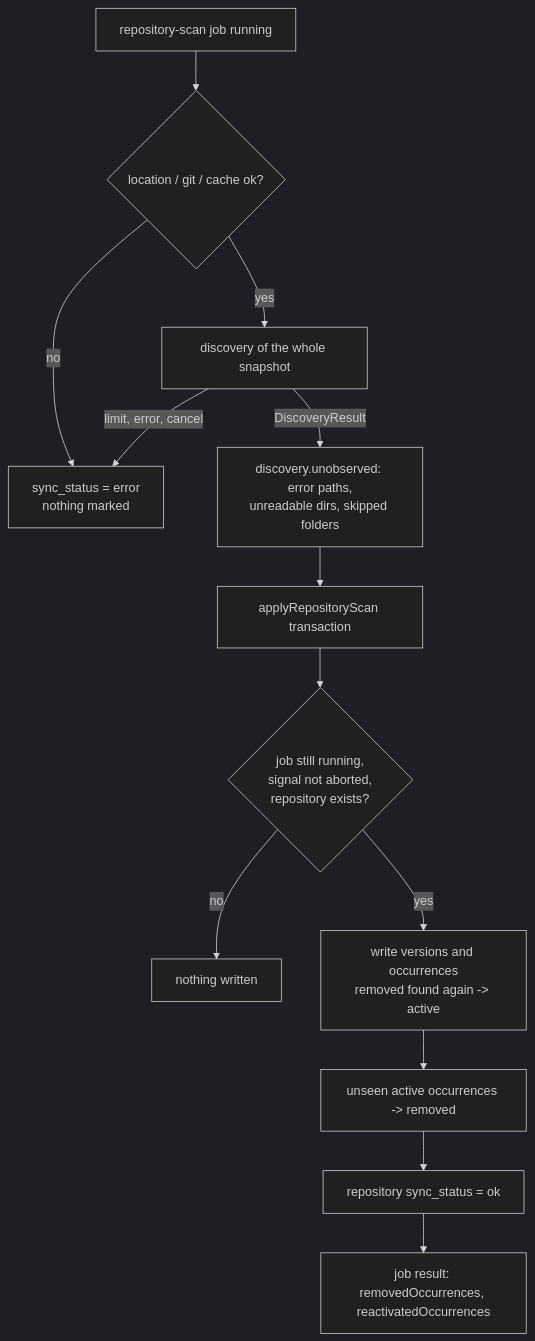
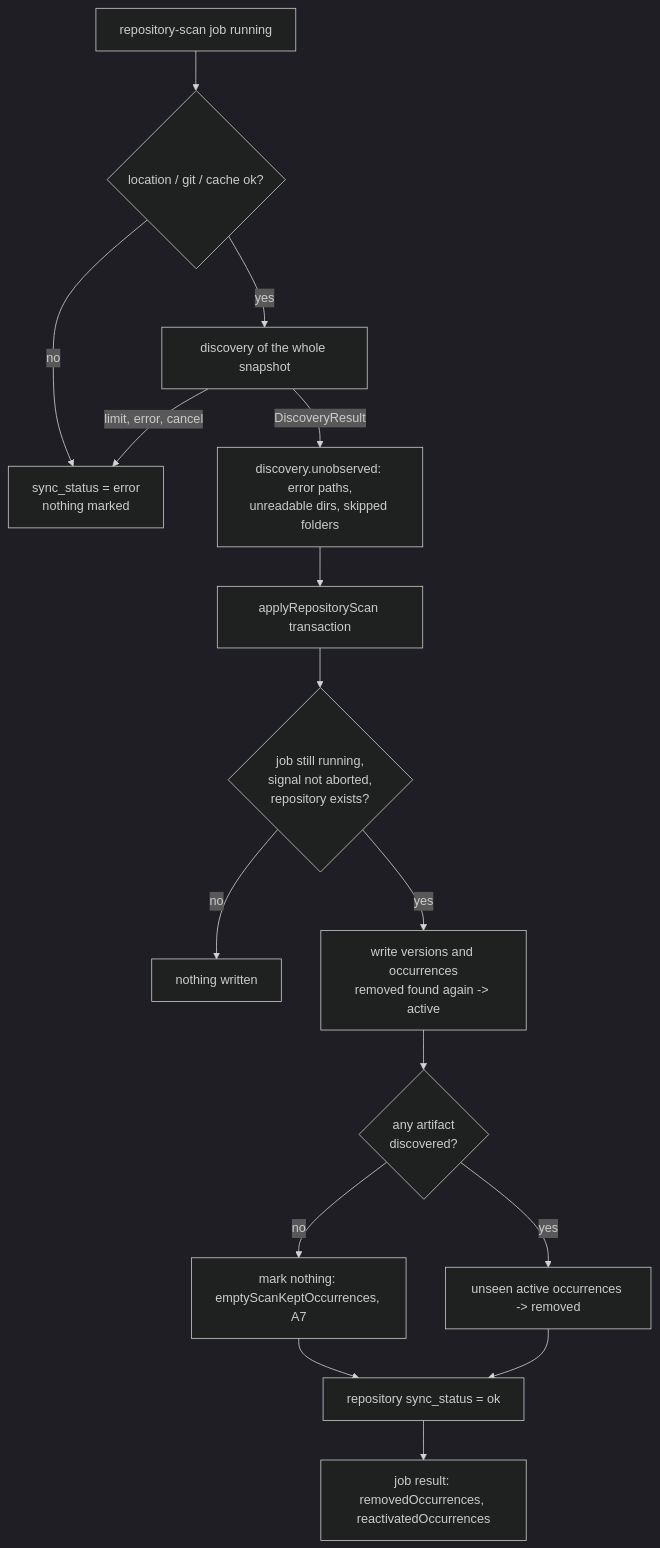
One commit to MetaX5/DirectiveBench changed the diagram in .ai/specs/2026-11-12-missing-occurrences-and-repository-removal.md. Above: the diagram before and after it, drawn with Mermaid (dark theme). The commit also changed other lines of this file and 1 other file, not shown here.

First line of the commit message:
docs(specs): SPEC-125 empty-scan guard per the maintainer's A7 decision

````diff
--- a/.ai/specs/2026-11-12-missing-occurrences-and-repository-removal.md
+++ b/.ai/specs/2026-11-12-missing-occurrences-and-repository-removal.md
@@ -311,15 +315,18 @@
 ```mermaid
 flowchart TD
   J[repository-scan job running] --> L{location / git / cache ok?}
   L -- no --> F[sync_status = error<br/>nothing marked]
   L -- yes --> D[discovery of the whole snapshot]
   D -- limit, error, cancel --> F
   D -- DiscoveryResult --> U[discovery.unobserved: error paths,<br/>unreadable dirs, skipped folders]
   U --> T[applyRepositoryScan transaction]
   T --> C{job still running,<br/>signal not aborted,<br/>repository exists?}
   C -- no --> X[nothing written]
   C -- yes --> W[write versions and occurrences<br/>removed found again -> active]
-  W --> M[unseen active occurrences -> removed]
+  W --> G{any artifact<br/>discovered?}
+  G -- no --> K[mark nothing: emptyScanKeptOccurrences, A7]
+  K --> S
+  G -- yes --> M[unseen active occurrences -> removed]
   M --> S[repository sync_status = ok]
   S --> R[job result: removedOccurrences, reactivatedOccurrences]
 ```
````
